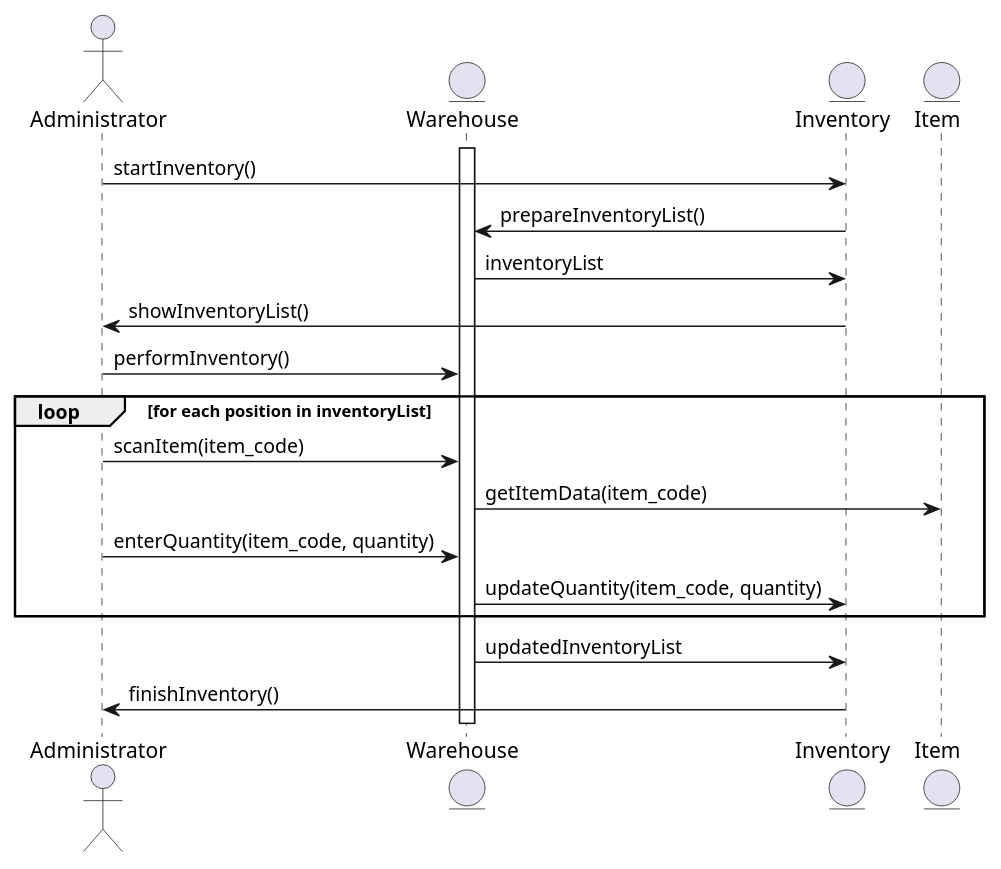
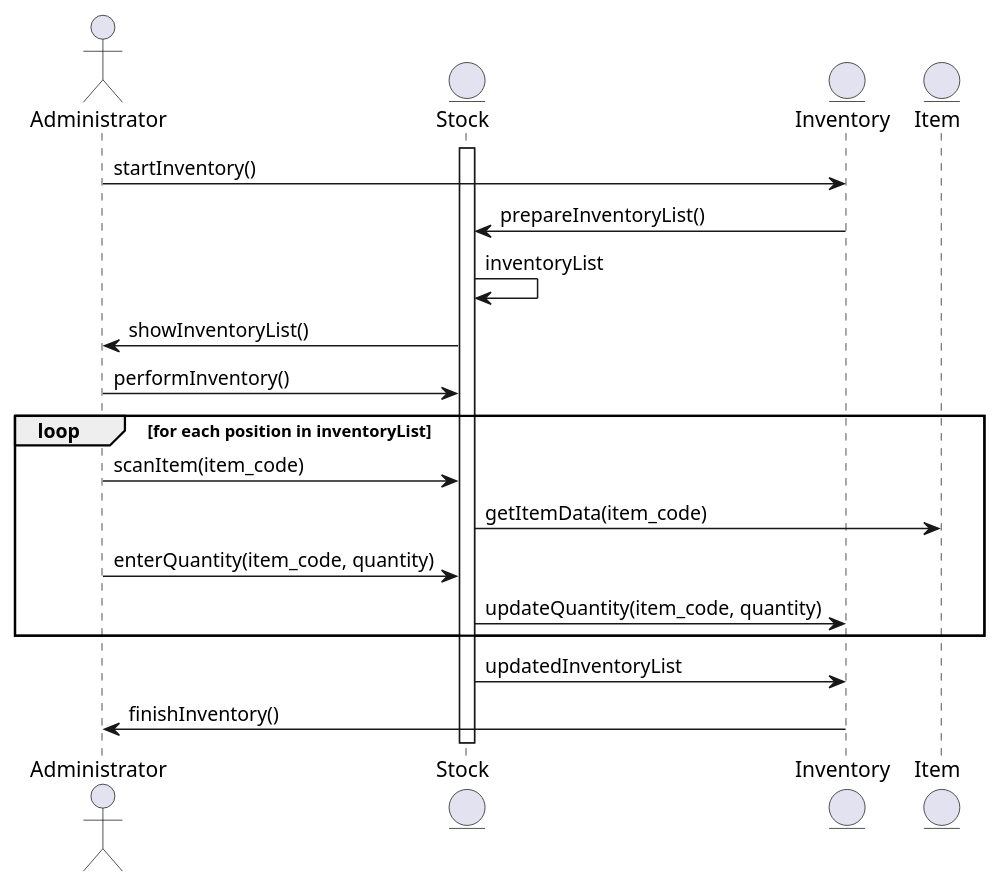
The diagram in warehouse/Прецеденты/Инвертаризация/Инвентаризация товара - диаграмма.md (penamarth/bsbo-02-21_team5_var6_sklad), drawn with PlantUML before and after one commit. The commit also changed 2 other files, not shown here.

Commit message:
Обновление прецедента "Инвентаризация товаров"

```diff
--- a/warehouse/Прецеденты/Инвертаризация/Инвентаризация товара - диаграмма.md
+++ b/warehouse/Прецеденты/Инвертаризация/Инвентаризация товара - диаграмма.md
@@ -1,24 +1,24 @@
 @startuml
 
 actor Administrator
-entity Warehouse
+entity Stock
 entity Inventory
 entity Item
 
-activate Warehouse
+activate Stock
 
 Administrator -> Inventory: startInventory()
-Inventory -> Warehouse: prepareInventoryList()
-Warehouse -> Inventory: inventoryList
-Inventory -> Administrator: showInventoryList()
-Administrator -> Warehouse: performInventory()
+Inventory -> Stock: prepareInventoryList()
+Stock -> Stock: inventoryList
+Stock -> Administrator: showInventoryList()
+Administrator -> Stock: performInventory()
 loop for each position in inventoryList
-    Administrator -> Warehouse: scanItem(item_code)
-    Warehouse -> Item: getItemData(item_code)
-    Administrator -> Warehouse: enterQuantity(item_code, quantity)
-    Warehouse -> Inventory: updateQuantity(item_code, quantity)
+    Administrator -> Stock: scanItem(item_code)
+    Stock -> Item: getItemData(item_code)
+    Administrator -> Stock: enterQuantity(item_code, quantity)
+    Stock -> Inventory: updateQuantity(item_code, quantity)
 end
-Warehouse -> Inventory: updatedInventoryList
+Stock -> Inventory: updatedInventoryList
 Inventory -> Administrator: finishInventory()
 
 @enduml
```
